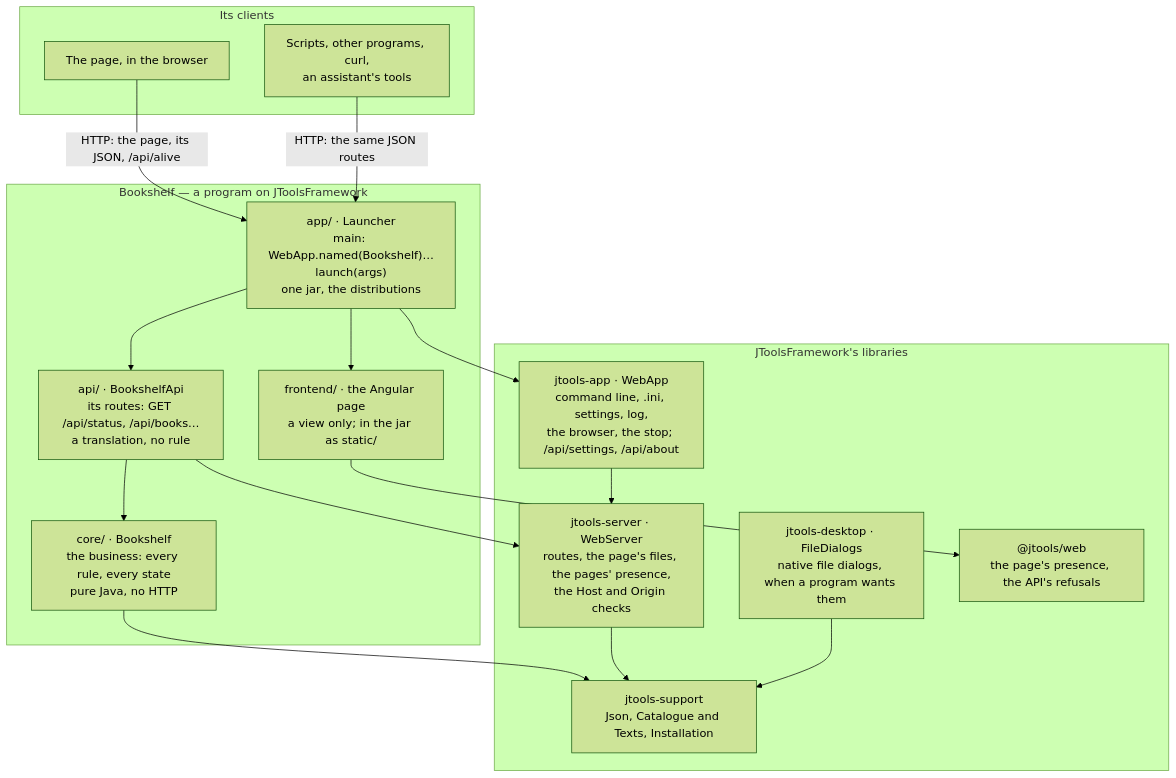
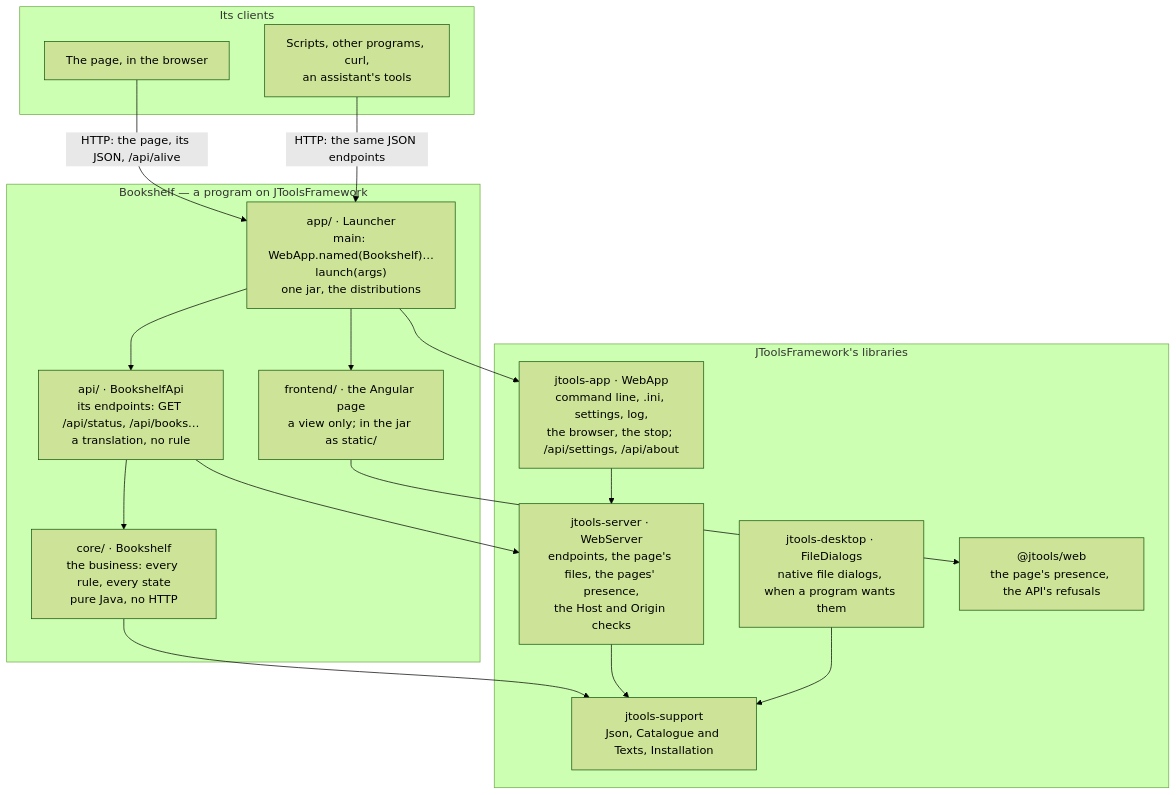
The diagram in README.md (j4ckk0/JToolsFramework), drawn with Mermaid (forest theme) before and after one commit. The commit also changed other lines of this file, not shown here.

Commit message:
The main page says endpoint, the word API readers expect; the code's route named once

````diff
--- a/README.md
+++ b/README.md
@@ -136,36 +136,36 @@
 ```mermaid
 flowchart TB
     subgraph clients["Its clients"]
         browser["The page, in the browser"]
         other["Scripts, other programs, curl,<br/>an assistant's tools"]
     end
 
     subgraph program["Bookshelf — a program on JToolsFramework"]
         app["app/ · Launcher<br/>main: WebApp.named(Bookshelf)…launch(args)<br/>one jar, the distributions"]
-        api["api/ · BookshelfApi<br/>its routes: GET /api/status, /api/books…<br/>a translation, no rule"]
+        api["api/ · BookshelfApi<br/>its endpoints: GET /api/status, /api/books…<br/>a translation, no rule"]
         core["core/ · Bookshelf<br/>the business: every rule, every state<br/>pure Java, no HTTP"]
         frontend["frontend/ · the Angular page<br/>a view only; in the jar as static/"]
     end
 
     subgraph libraries["JToolsFramework's libraries"]
         japp["jtools-app · WebApp<br/>command line, .ini, settings, log,<br/>the browser, the stop; /api/settings, /api/about"]
-        jserver["jtools-server · WebServer<br/>routes, the page's files, the pages' presence,<br/>the Host and Origin checks"]
+        jserver["jtools-server · WebServer<br/>endpoints, the page's files, the pages' presence,<br/>the Host and Origin checks"]
         jsupport["jtools-support<br/>Json, Catalogue and Texts, Installation"]
         jdesktop["jtools-desktop · FileDialogs<br/>native file dialogs, when a program wants them"]
         jweb["@jtools/web<br/>the page's presence, the API's refusals"]
     end
 
     browser -- "HTTP: the page, its JSON, /api/alive" --> app
-    other -- "HTTP: the same JSON routes" --> app
+    other -- "HTTP: the same JSON endpoints" --> app
 
     app --> api
     app --> frontend
     app --> japp
     api --> core
     api --> jserver
     core --> jsupport
     frontend --> jweb
     japp --> jserver
     jserver --> jsupport
     jdesktop --> jsupport
 ```
````
